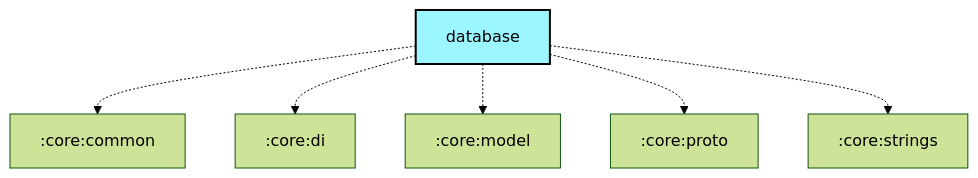
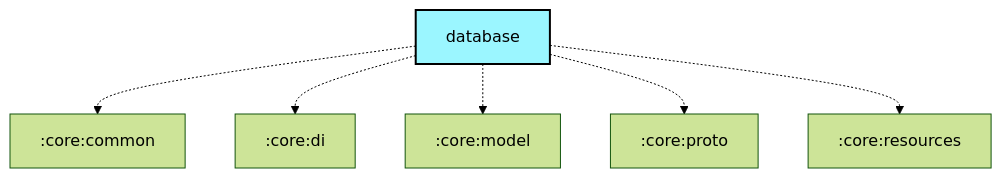
One commit to meshtastic/Meshtastic-Android changed the diagram in core/database/README.md. Above: the diagram before and after it, drawn with Mermaid (forest theme). The commit also changed 321 other files, not shown here.

````diff
--- a/core/database/README.md
+++ b/core/database/README.md
@@ -26,20 +26,20 @@
 ```mermaid
 graph TB
   :core:database[database]:::android-library
   :core:database -.-> :core:common
   :core:database -.-> :core:di
   :core:database -.-> :core:model
   :core:database -.-> :core:proto
-  :core:database -.-> :core:strings
+  :core:database -.-> :core:resources
 
 classDef android-application fill:#CAFFBF,stroke:#000,stroke-width:2px,color:#000;
 classDef android-application-compose fill:#CAFFBF,stroke:#000,stroke-width:2px,color:#000;
 classDef android-feature fill:#FFD6A5,stroke:#000,stroke-width:2px,color:#000;
 classDef android-library fill:#9BF6FF,stroke:#000,stroke-width:2px,color:#000;
 classDef android-library-compose fill:#9BF6FF,stroke:#000,stroke-width:2px,color:#000;
 classDef android-test fill:#A0C4FF,stroke:#000,stroke-width:2px,color:#000;
 classDef jvm-library fill:#BDB2FF,stroke:#000,stroke-width:2px,color:#000;
 classDef kmp-library fill:#FFC1CC,stroke:#000,stroke-width:2px,color:#000;
 classDef unknown fill:#FFADAD,stroke:#000,stroke-width:2px,color:#000;
 
 ```
````
